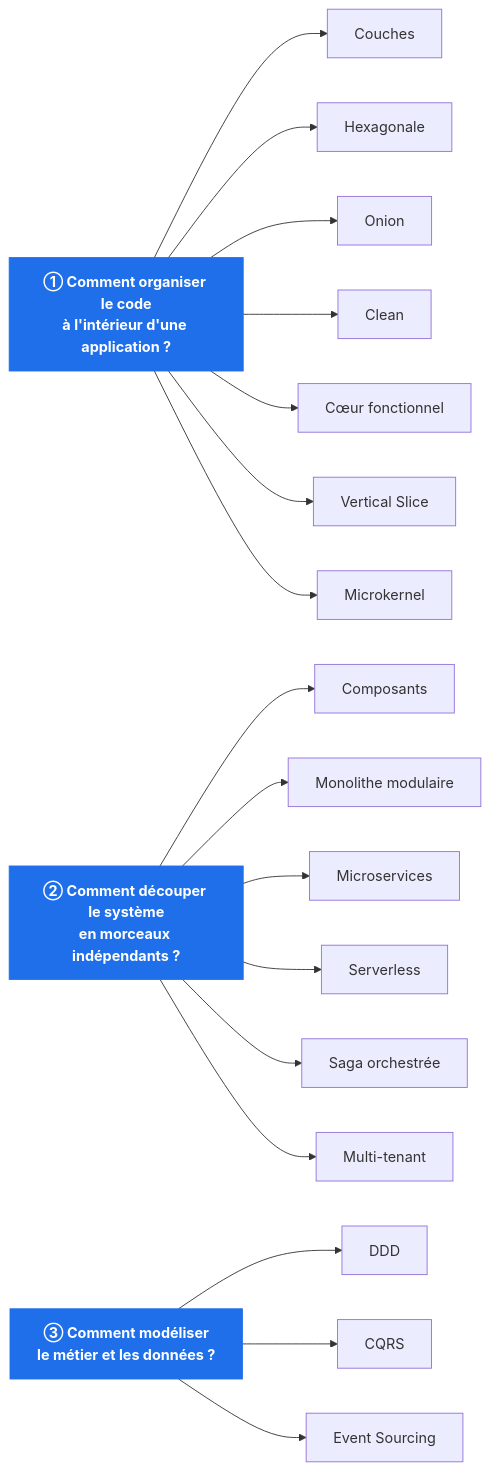
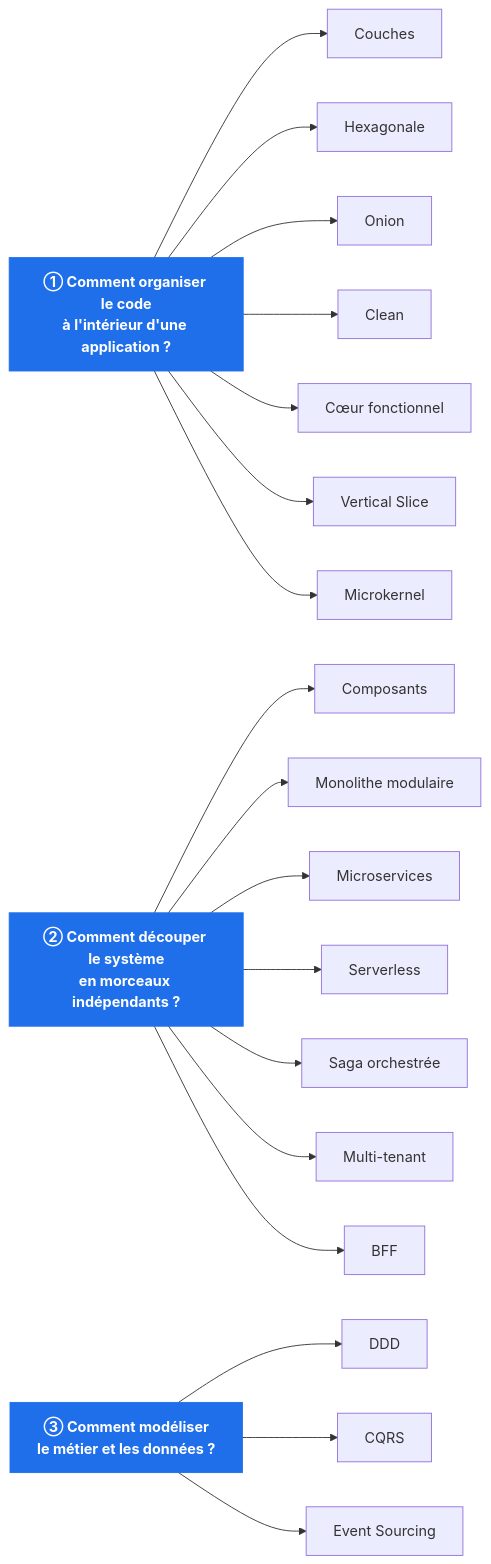
Before and after one commit to drangoht/ArchitecturesDemo: the first of 4 diagrams in Docs/README.md, drawn with Mermaid. The commit also changed other lines of this file and 34 other files, not shown here.

````diff
--- a/Docs/README.md
+++ b/Docs/README.md
@@ -42,28 +43,29 @@
 ```mermaid
 flowchart LR
     Q1["<b>① Comment organiser le code<br/>à l'intérieur d'une application ?</b>"]
     Q2["<b>② Comment découper le système<br/>en morceaux indépendants ?</b>"]
     Q3["<b>③ Comment modéliser<br/>le métier et les données ?</b>"]
 
     Q1 --> C0["Couches"]
     Q1 --> C1["Hexagonale"]
     Q1 --> C2["Onion"]
     Q1 --> C3["Clean"]
     Q1 --> C4["Cœur fonctionnel"]
     Q1 --> C5["Vertical Slice"]
     Q1 --> C13["Microkernel"]
 
     Q2 --> D6["Composants"]
     Q2 --> D7["Monolithe modulaire"]
     Q2 --> D8["Microservices"]
     Q2 --> D12["Serverless"]
     Q2 --> D14["Saga orchestrée"]
     Q2 --> D15["Multi-tenant"]
+    Q2 --> D16["BFF"]
 
     Q3 --> M11["DDD"]
     Q3 --> M9["CQRS"]
     Q3 --> M10["Event Sourcing"]
 
     classDef q fill:#1f6feb,color:#fff,stroke:#1f6feb
     class Q1,Q2,Q3 q
 ```
````
